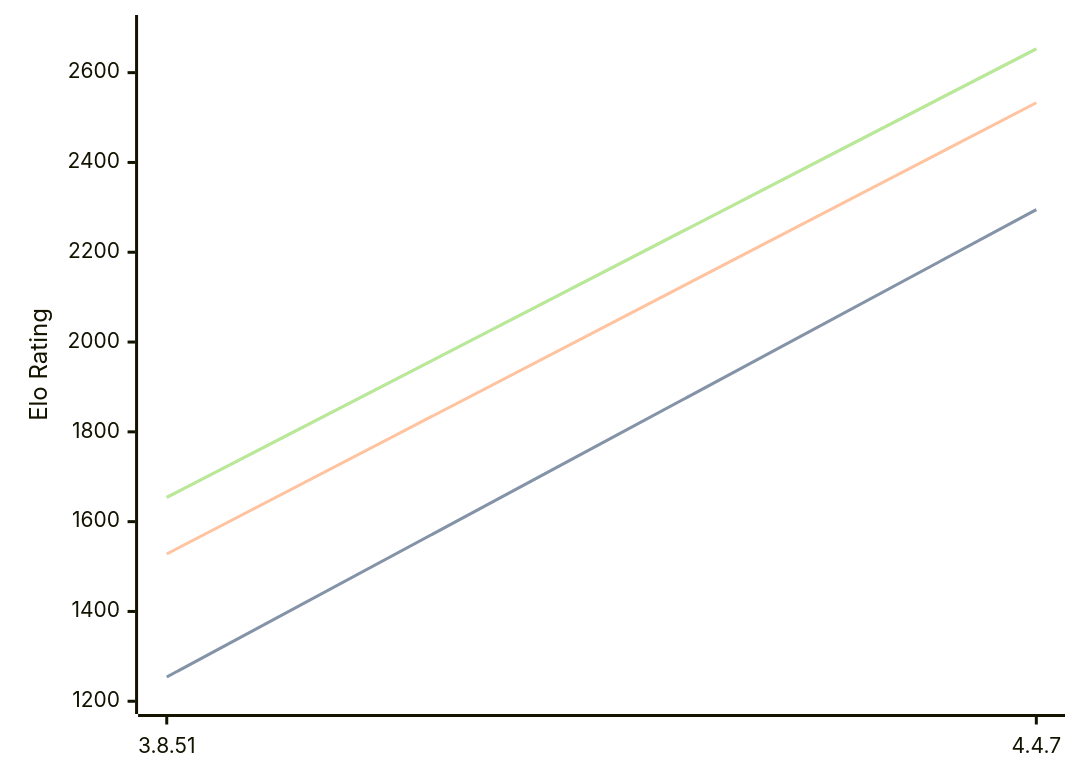
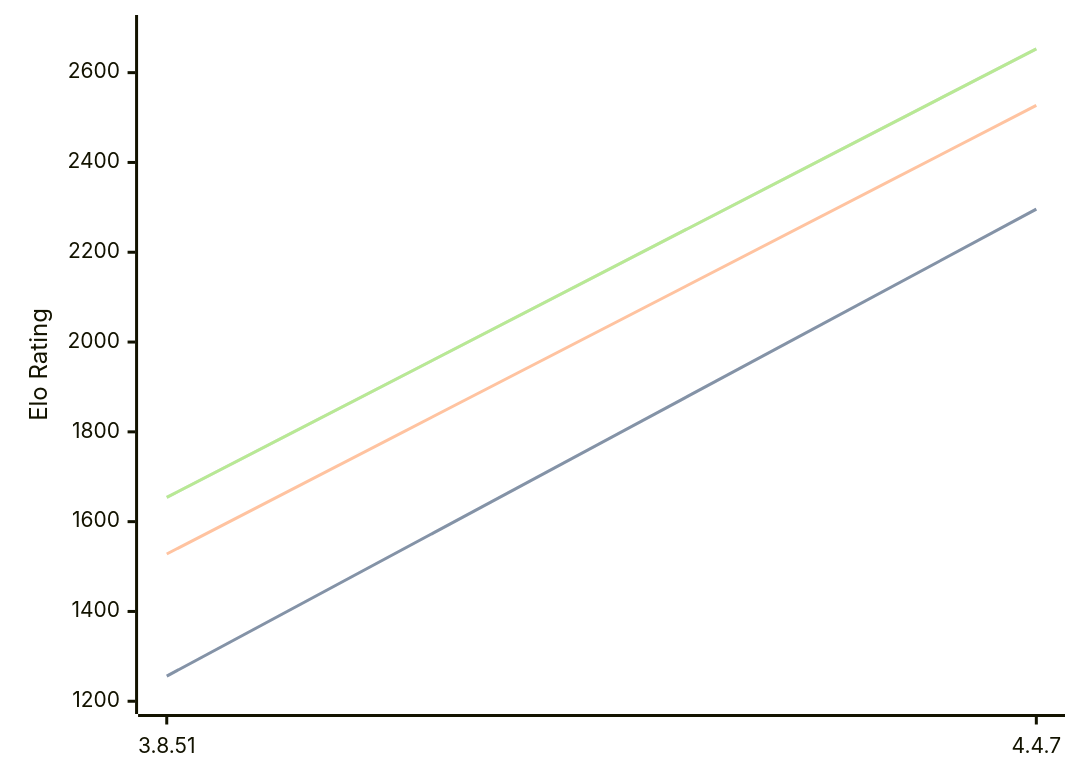
The diagram in engines/Scoria.md (computer-chess-index/cci), drawn with Mermaid before and after one commit. The commit also changed other lines of this file, not shown here.

````diff
--- a/engines/Scoria.md
+++ b/engines/Scoria.md
@@ -32,11 +32,11 @@
 ```mermaid
 %%{init: {"theme":"base","themeVariables":{"seriesColors:['#a3a3a3','#222221','#faa371']}}}%%
 xychart-beta
   x-axis ["3.8.51", "4.4.7"]
   y-axis "Elo Rating" 1200 --> 2700
-  line "" [1254, 2295]
-  line "STC (8.0+0.08s)" [1254, 2295]
-  line "LTC (60.0+0.60s)" [1528, 2533]
+  line "" [1256, 2296]
+  line "STC (8.0+0.08s)" [1256, 2296]
+  line "LTC (60.0+0.60s)" [1528, 2527]
   line "" [1654, 2653]
   line "VLTC (2m24s+1.12s)" [1654, 2653]
 ```
````
